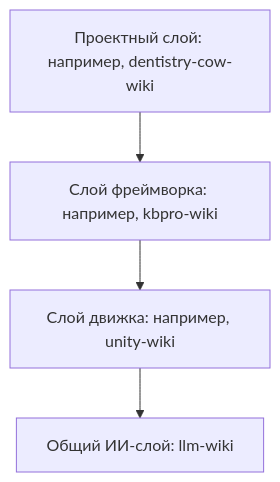
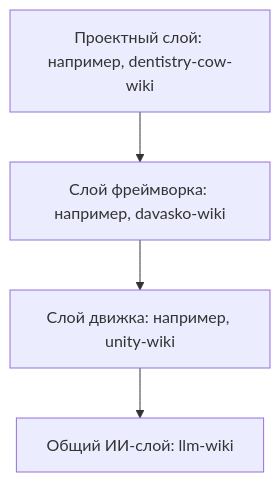
One commit to gDavASko/DavASkoLLMWiki changed the first of 2 diagrams in README.ru.md. Above: the diagram before and after it, drawn with Mermaid. The commit also changed other lines of this file and 18 other files, not shown here.

Commit message:
refactor: rename framework namespace and references to davasko

````diff
--- a/README.ru.md
+++ b/README.ru.md
@@ -14,6 +14,6 @@
 ```mermaid
 graph TD
-    Project[Проектный слой: например, dentistry-cow-wiki] --> Framework[Слой фреймворка: например, kbpro-wiki]
+    Project[Проектный слой: например, dentistry-cow-wiki] --> Framework[Слой фреймворка: например, davasko-wiki]
     Framework --> Engine[Слой движка: например, unity-wiki]
     Engine --> Root[Общий ИИ-слой: llm-wiki]
 ```
````
